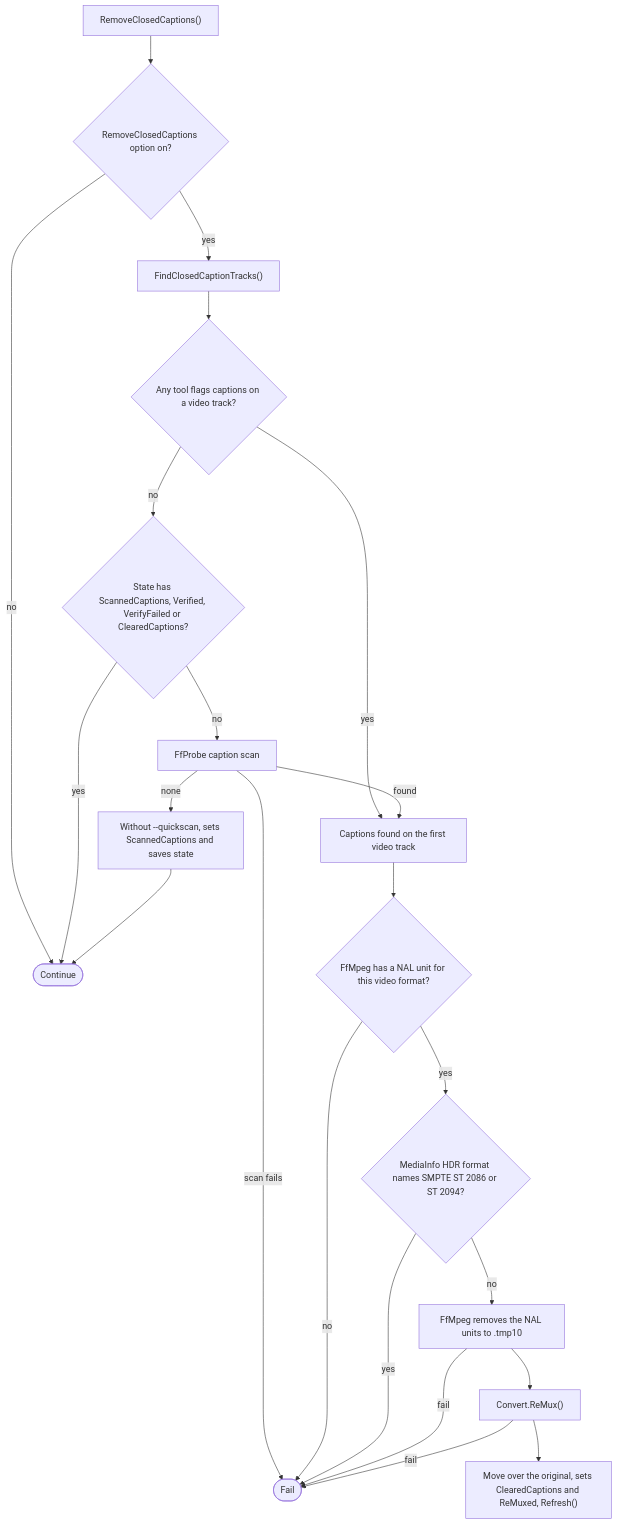
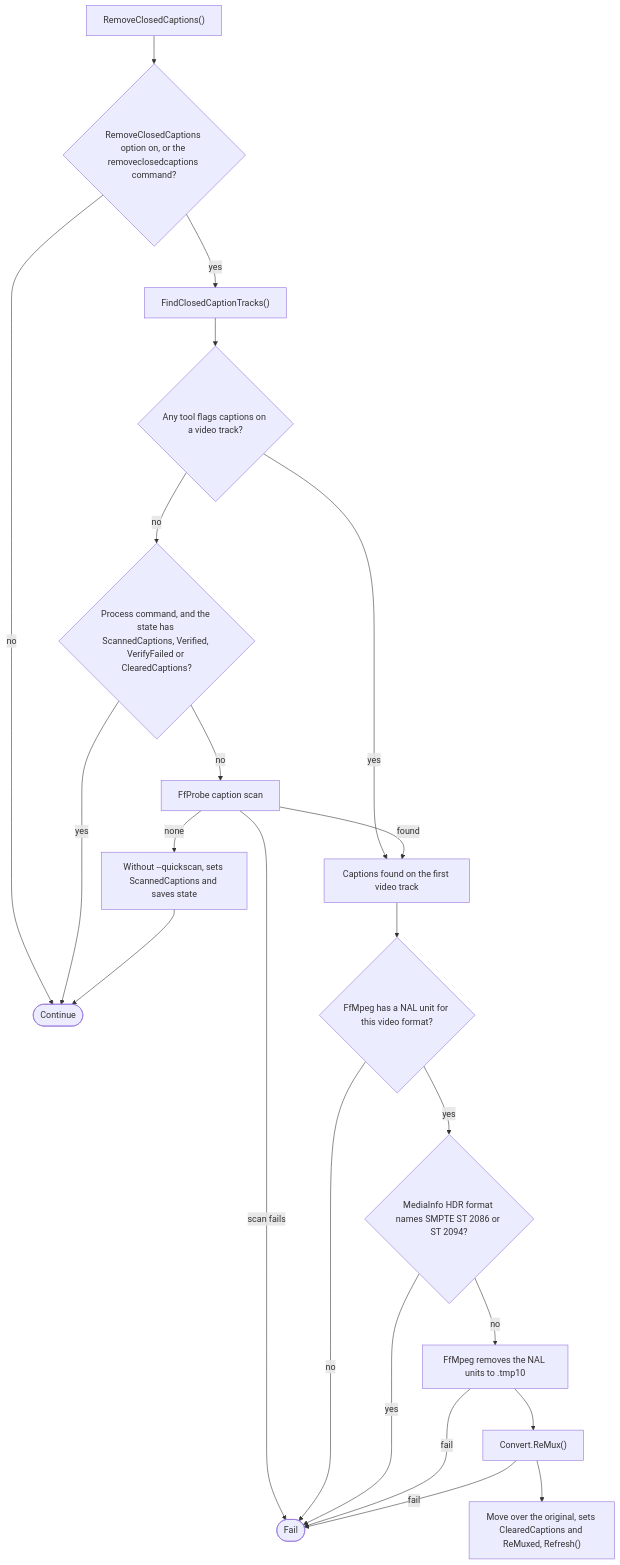
Diagram 12 of 19 in ARCHITECTURE.md (ptr727/PlexCleaner), drawn with Mermaid before and after one commit. The commit also changed other lines of this file, not shown here.

First line of the commit message:
Qualify Sidecar-Dependent and Command Branches in ARCHITECTURE.md

````diff
--- a/ARCHITECTURE.md
+++ b/ARCHITECTURE.md
@@ -587,24 +587,24 @@
 ```mermaid
 flowchart TD
-  A0["RemoveClosedCaptions()"] --> A1{"RemoveClosedCaptions option on?"}
+  A0["RemoveClosedCaptions()"] --> A1{"RemoveClosedCaptions option on, or the removeclosedcaptions command?"}
   A1 -->|no| AOK(["Continue"])
   A1 -->|yes| F0["FindClosedCaptionTracks()"]
   F0 --> F1{"Any tool flags captions on a video track?"}
   F1 -->|yes| FOUND
-  F1 -->|no| F2{"State has ScannedCaptions, Verified, VerifyFailed or ClearedCaptions?"}
+  F1 -->|no| F2{"Process command, and the state has ScannedCaptions, Verified, VerifyFailed or ClearedCaptions?"}
   F2 -->|yes| AOK
   F2 -->|no| F3["FfProbe caption scan"]
   F3 -->|scan fails| FAIL(["Fail"])
   F3 -->|none| F4["Without --quickscan, sets ScannedCaptions and saves state"]
   F4 --> AOK
   F3 -->|found| FOUND["Captions found on the first video track"]
   FOUND --> C1{"FfMpeg has a NAL unit for this video format?"}
   C1 -->|no| FAIL
   C1 -->|yes| C2{"MediaInfo HDR format names SMPTE ST 2086 or ST 2094?"}
   C2 -->|yes| FAIL
   C2 -->|no| C3["FfMpeg removes the NAL units to .tmp10"]
   C3 -->|fail| FAIL
   C3 --> C4["Convert.ReMux()"]
   C4 -->|fail| FAIL
   C4 --> C5["Move over the original, sets ClearedCaptions and ReMuxed, Refresh()"]
 ```
````
